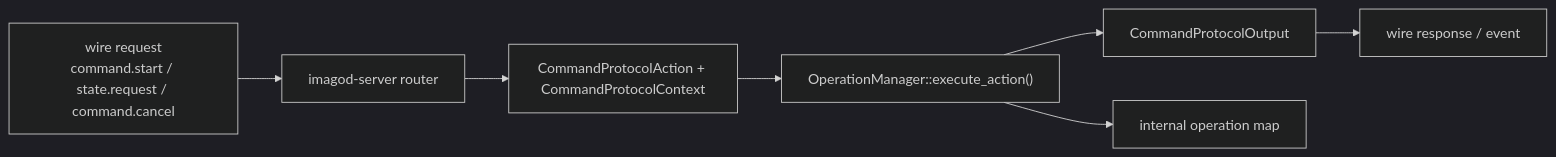
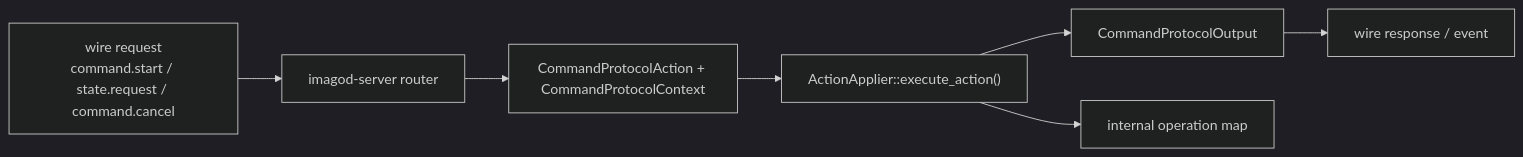
The fourth of 5 diagrams in docs/nirvash-and-imagod-control.md (yieldspace/imago), drawn with Mermaid (dark theme) before and after one commit. The commit also changed other lines of this file and 38 other files, not shown here.

````diff
--- a/docs/nirvash-and-imagod-control.md
+++ b/docs/nirvash-and-imagod-control.md
@@ -104,9 +108,9 @@
 ```mermaid
 flowchart LR
     A["wire request<br/>command.start / state.request / command.cancel"] --> B["imagod-server router"]
     B --> C["CommandProtocolAction + CommandProtocolContext"]
-    C --> D["OperationManager::execute_action()"]
+    C --> D["ActionApplier::execute_action()"]
     D --> E["CommandProtocolOutput"]
     D --> F["internal operation map"]
     E --> G["wire response / event"]
 ```
````
